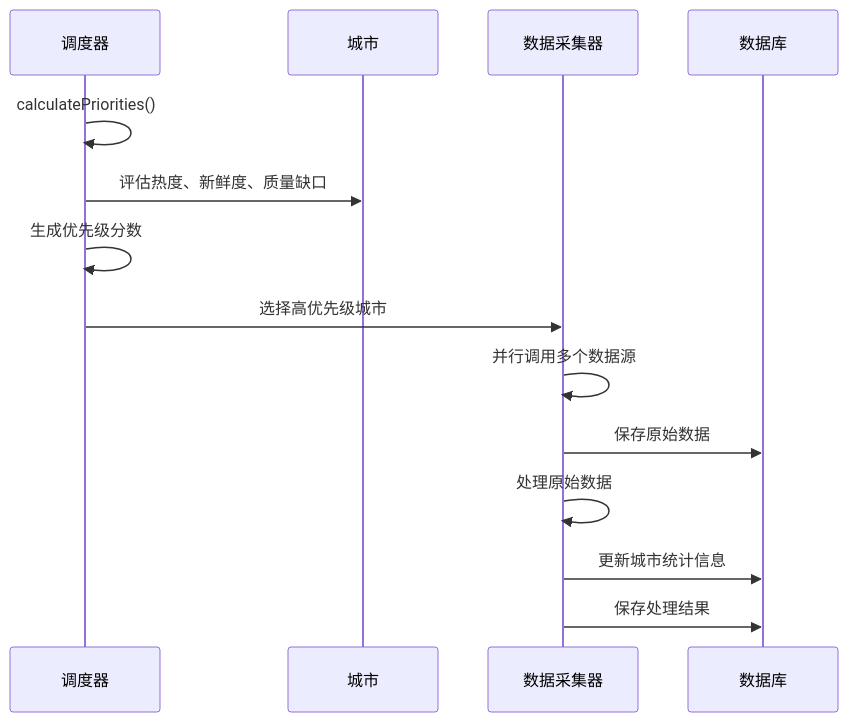
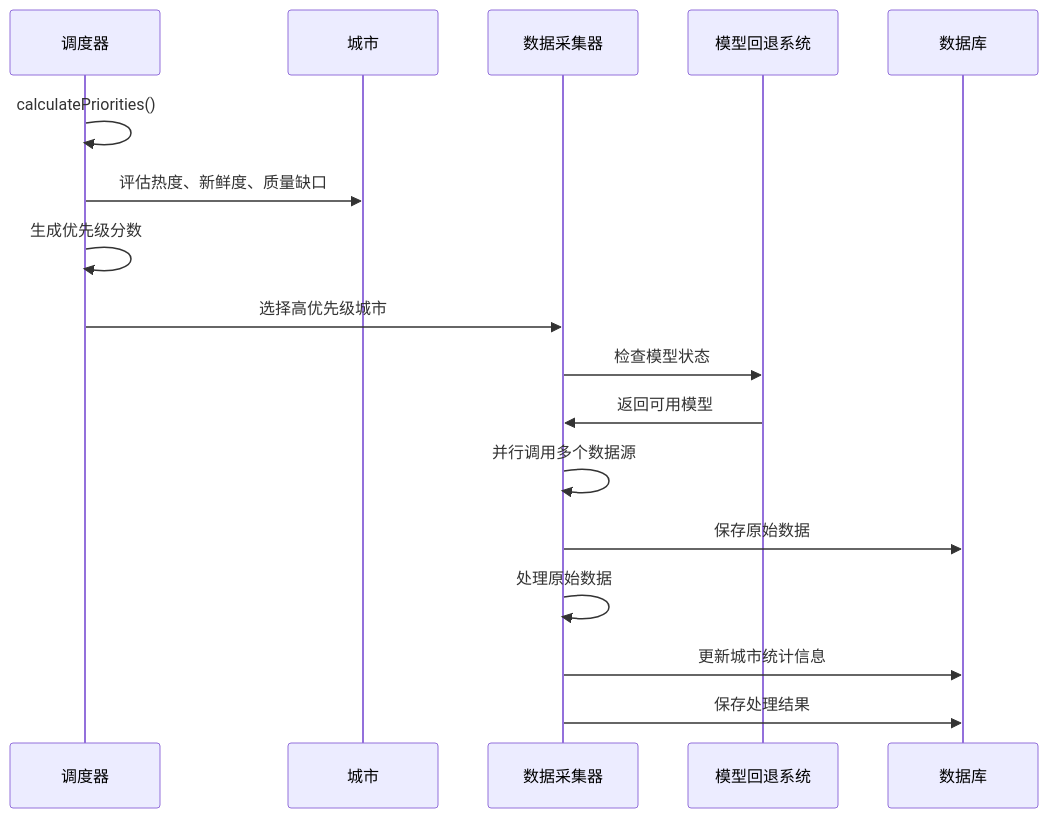
The fourth of 13 diagrams in .qoder/repowiki/zh/content/AI数据采集系统/AI数据采集系统.md (ititjjy/AITrip-plan), drawn with Mermaid before and after one commit. The commit also changed other lines of this file and 17 other files, not shown here.

````diff
--- a/.qoder/repowiki/zh/content/AI数据采集系统/AI数据采集系统.md
+++ b/.qoder/repowiki/zh/content/AI数据采集系统/AI数据采集系统.md
@@ -291,16 +321,19 @@
 ```mermaid
 sequenceDiagram
 participant Scheduler as 调度器
 participant City as 城市
 participant Collector as 数据采集器
+participant ModelFallback as 模型回退系统
 participant DB as 数据库
 Scheduler->>Scheduler : calculatePriorities()
 Scheduler->>City : 评估热度、新鲜度、质量缺口
 Scheduler->>Scheduler : 生成优先级分数
 Scheduler->>Collector : 选择高优先级城市
+Collector->>ModelFallback : 检查模型状态
+ModelFallback->>Collector : 返回可用模型
 Collector->>Collector : 并行调用多个数据源
 Collector->>DB : 保存原始数据
 Collector->>Collector : 处理原始数据
 Collector->>DB : 更新城市统计信息
 Collector->>DB : 保存处理结果
 ```
````
